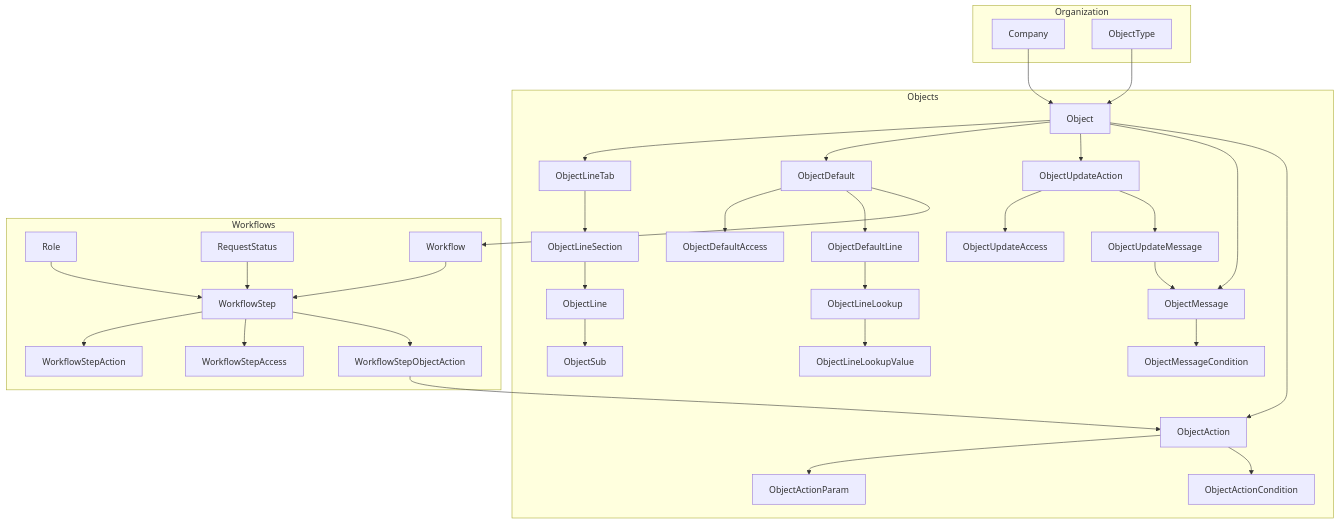
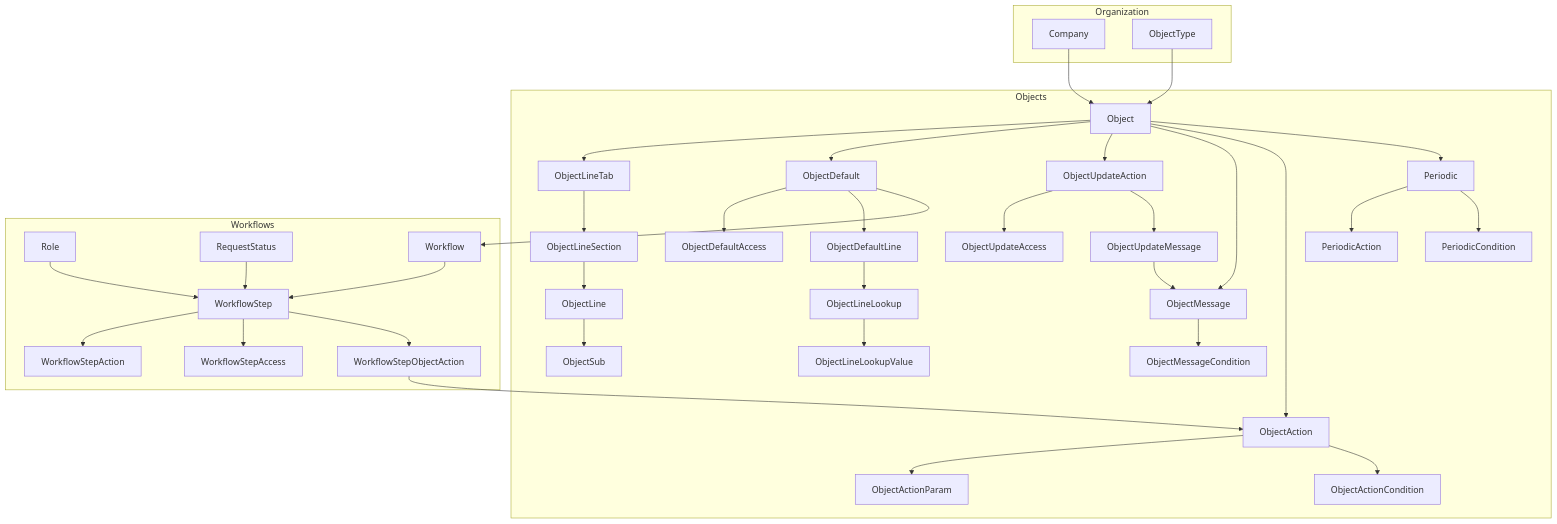
One commit to IntelStudios/xeelo-skills changed the diagram in docs/01-entity-hierarchy.md. Above: the diagram before and after it, drawn with Mermaid. The commit also changed 31 other files, not shown here.

````diff
--- a/docs/01-entity-hierarchy.md
+++ b/docs/01-entity-hierarchy.md
@@ -5,43 +5,46 @@
 ```mermaid
 flowchart TB
   subgraph org [Organization]
     Company
     ObjectType
   end
   subgraph objects [Objects]
     Object
     Object --> ObjectLineTab
     ObjectLineTab --> ObjectLineSection
     ObjectLineSection --> ObjectLine
     ObjectLine --> ObjectSub
     Object --> ObjectDefault
     ObjectDefault --> ObjectDefaultAccess
     ObjectDefault --> ObjectDefaultLine
     Object --> ObjectUpdateAction
     ObjectUpdateAction --> ObjectUpdateAccess
     ObjectUpdateAction --> ObjectUpdateMessage
     Object --> ObjectMessage
     ObjectMessage --> ObjectMessageCondition
     ObjectUpdateMessage --> ObjectMessage
     Object --> ObjectAction
     ObjectAction --> ObjectActionParam
     ObjectAction --> ObjectActionCondition
+    Object --> Periodic
+    Periodic --> PeriodicAction
+    Periodic --> PeriodicCondition
     ObjectLineLookup --> ObjectLineLookupValue
     ObjectDefaultLine --> ObjectLineLookup
   end
   subgraph wf [Workflows]
     Role
     RequestStatus
     Workflow
     Workflow --> WorkflowStep
     WorkflowStep --> WorkflowStepAction
     WorkflowStep --> WorkflowStepAccess
     WorkflowStep --> WorkflowStepObjectAction
     WorkflowStepObjectAction --> ObjectAction
     ObjectDefault --> Workflow
   end
   Company --> Object
   ObjectType --> Object
   Role --> WorkflowStep
   RequestStatus --> WorkflowStep
 ```
````
